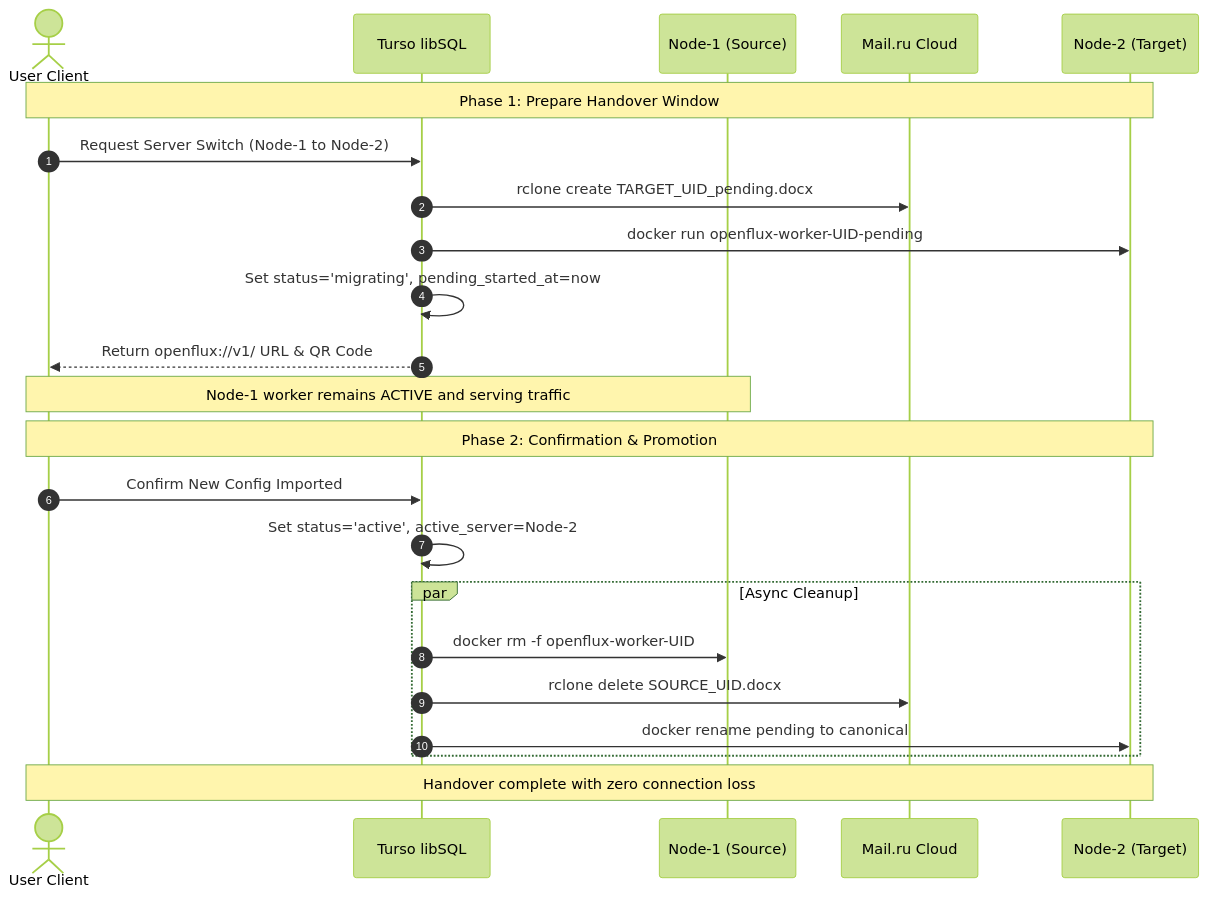
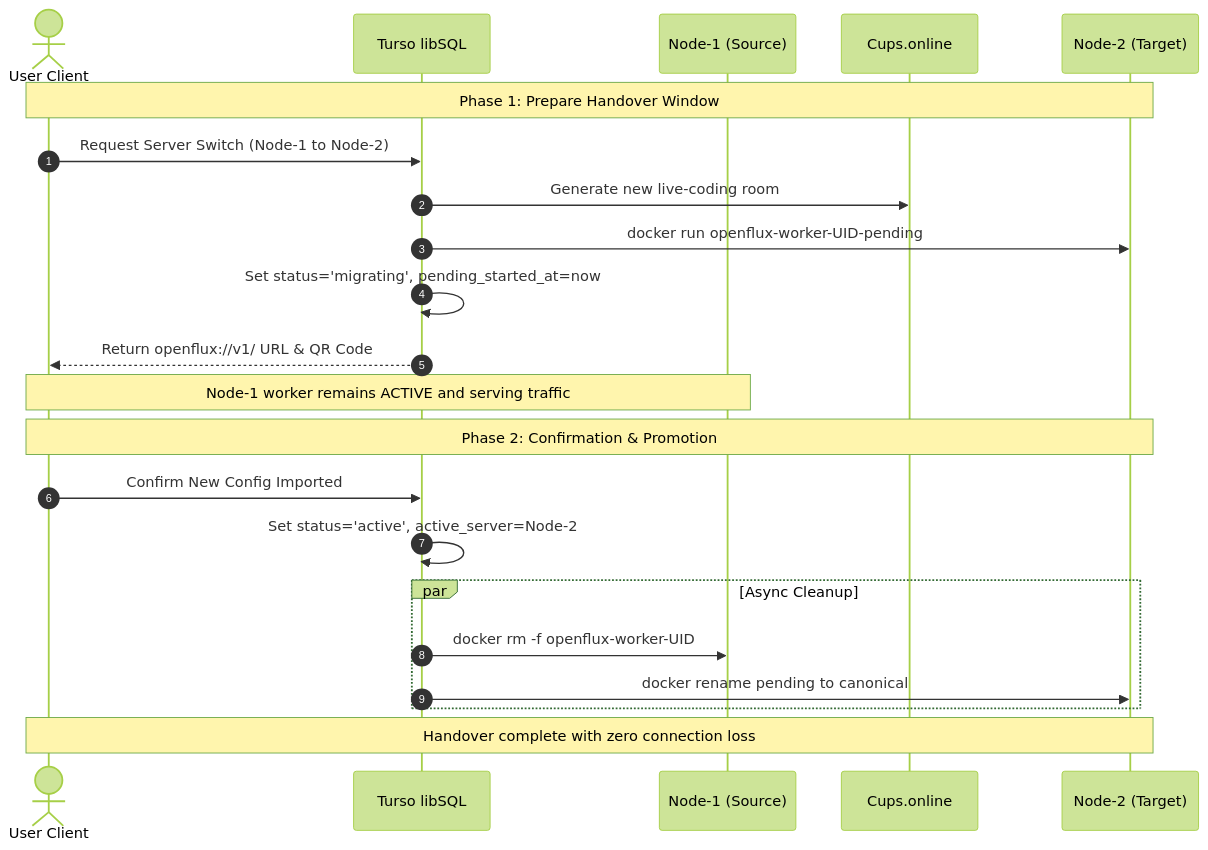
The second of 2 diagrams in WHITELIST_SPEC.md (Nikitzima/SilentConnect), drawn with Mermaid (forest theme) before and after one commit. The commit also changed other lines of this file and 2 other files, not shown here.

Commit message:
feat(openflux): migrate carrier from mailru to cupsonline live-coding rooms

````diff
--- a/WHITELIST_SPEC.md
+++ b/WHITELIST_SPEC.md
@@ -150,27 +150,26 @@
 ```mermaid
 sequenceDiagram
     autonumber
     actor U as User Client
     participant DB as Turso libSQL
     participant N1 as Node-1 (Source)
-    participant CLOUD as Mail.ru Cloud
+    participant CLOUD as Cups.online
     participant N2 as Node-2 (Target)
 
     Note over U,N2: Phase 1: Prepare Handover Window
     U->>DB: Request Server Switch (Node-1 to Node-2)
-    DB->>CLOUD: rclone create TARGET_UID_pending.docx
+    DB->>CLOUD: Generate new live-coding room
     DB->>N2: docker run openflux-worker-UID-pending
     DB->>DB: Set status='migrating', pending_started_at=now
     DB-->>U: Return openflux://v1/ URL & QR Code
     Note over U,N1: Node-1 worker remains ACTIVE and serving traffic
 
     Note over U,N2: Phase 2: Confirmation & Promotion
     U->>DB: Confirm New Config Imported
     DB->>DB: Set status='active', active_server=Node-2
     par Async Cleanup
         DB->>N1: docker rm -f openflux-worker-UID
-        DB->>CLOUD: rclone delete SOURCE_UID.docx
         DB->>N2: docker rename pending to canonical
     end
     Note over U,N2: Handover complete with zero connection loss
 ```
````
